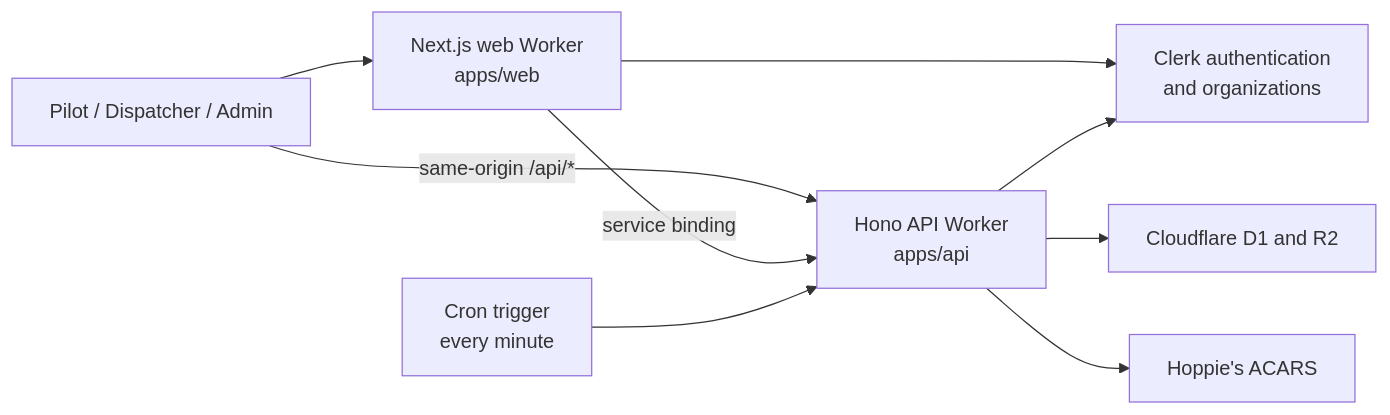
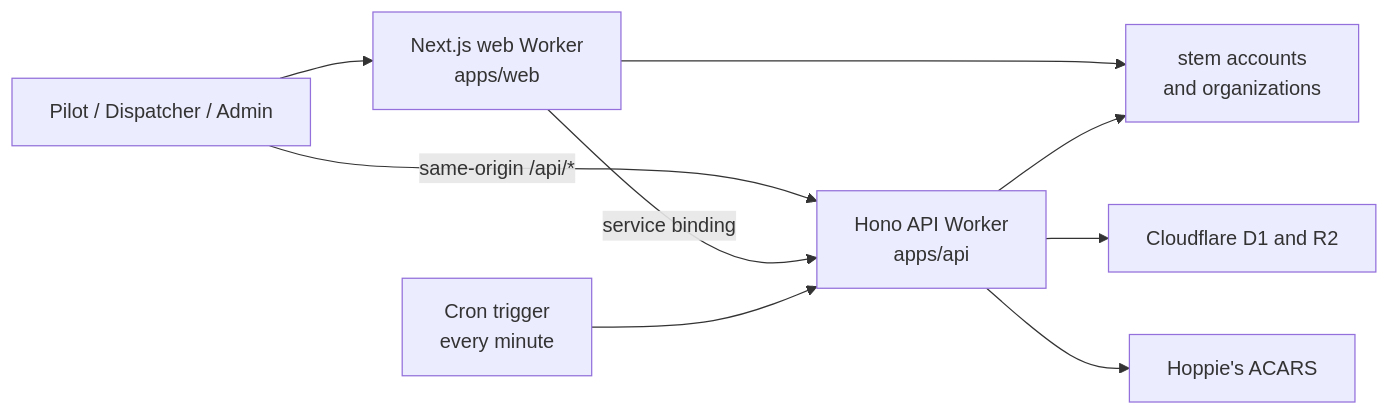
The diagram in wiki/Home.md (shiftbloom-studio/va-dispatcher), drawn with Mermaid before and after one commit. The commit also changed other lines of this file and 87 other files, not shown here.

First line of the commit message:
feat(web): sign in with stem instead of Clerk

````diff
--- a/wiki/Home.md
+++ b/wiki/Home.md
@@ -26,11 +26,11 @@
 ```mermaid
 flowchart LR
     U["Pilot / Dispatcher / Admin"] --> W["Next.js web Worker<br/>apps/web"]
     U -->|"same-origin /api/*"| A
     W -->|"service binding"| A["Hono API Worker<br/>apps/api"]
-    W --> C["Clerk authentication<br/>and organizations"]
+    W --> C["stem accounts<br/>and organizations"]
     A --> C
     A --> N["Cloudflare D1 and R2"]
     A --> H["Hoppie's ACARS"]
     V["Cron trigger<br/>every minute"] --> A
 ```
````
